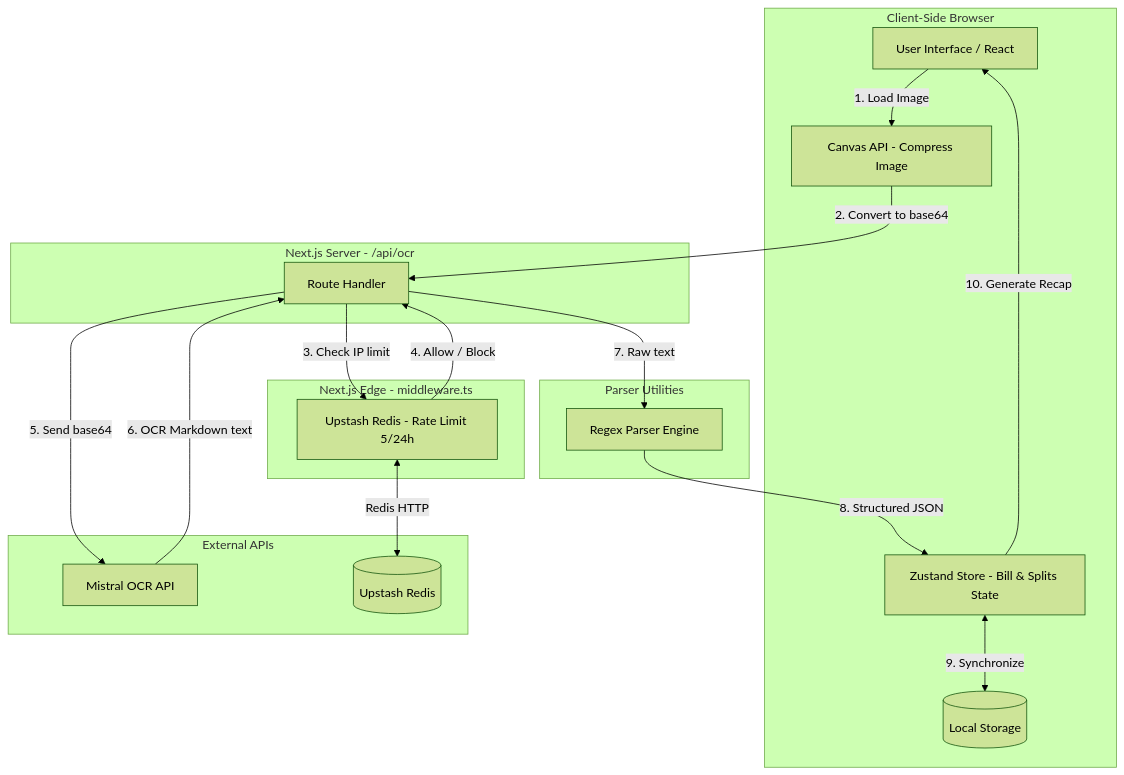
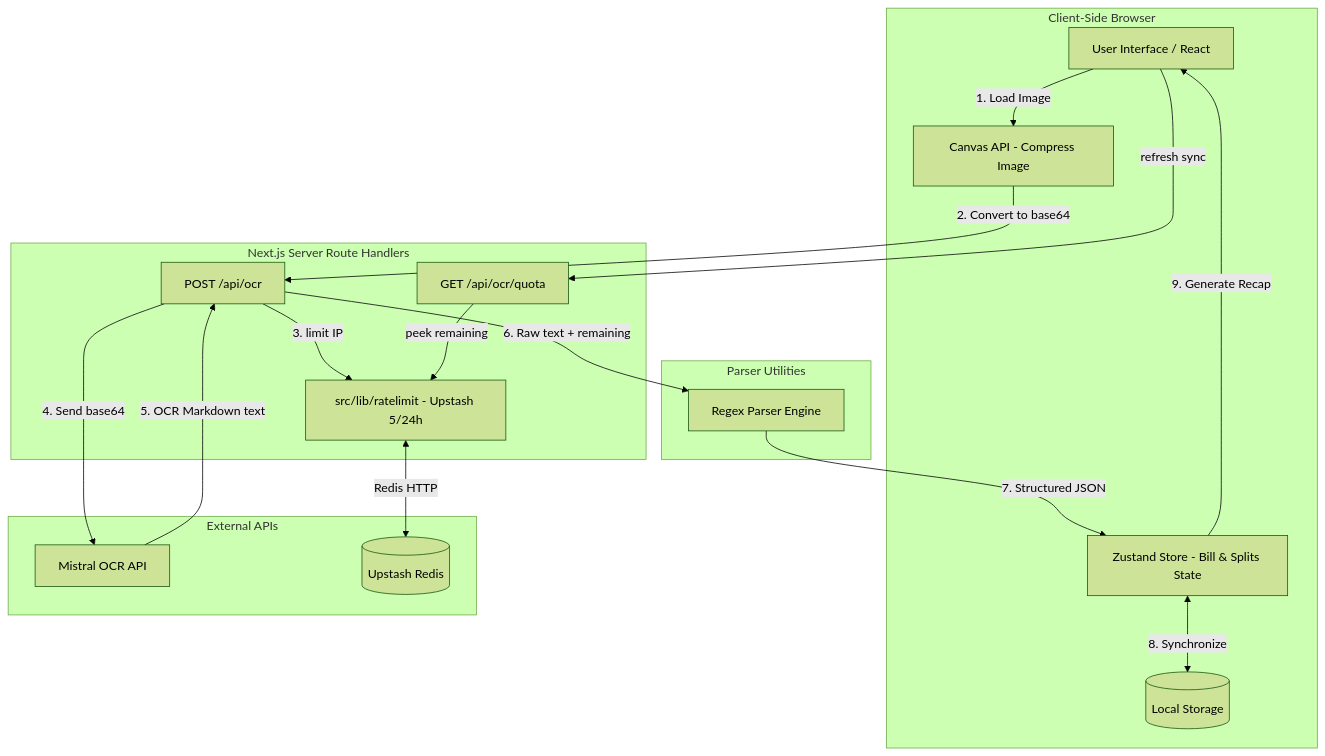
The diagram in context/architecture.md (AbdullahFathan/BILLOCR), drawn with Mermaid (forest theme) before and after one commit. The commit also changed other lines of this file and 12 other files, not shown here.

````diff
--- a/context/architecture.md
+++ b/context/architecture.md
@@ -39,38 +41,37 @@
 ```mermaid
 graph TD
     subgraph Client [Client-Side Browser]
         UI[User Interface / React]
         Canvas[Canvas API - Compress Image]
         State[Zustand Store - Bill & Splits State]
         LS[(Local Storage)]
     end
 
-    subgraph Edge [Next.js Edge - middleware.ts]
-        RL[Upstash Redis - Rate Limit 5/24h]
-    end
-
-    subgraph Server [Next.js Server - /api/ocr]
-        Route[Route Handler]
+    subgraph Server [Next.js Server Route Handlers]
+        OCR[POST /api/ocr]
+        Quota[GET /api/ocr/quota]
+        RL[src/lib/ratelimit - Upstash 5/24h]
     end
 
     subgraph External [External APIs]
         Mistral[Mistral OCR API]
         Upstash[(Upstash Redis)]
     end
 
     subgraph Parser [Parser Utilities]
         Regex[Regex Parser Engine]
     end
 
     UI -->|1. Load Image| Canvas
-    Canvas -->|2. Convert to base64| Route
-    Route -->|3. Check IP limit| RL
-    RL -->|4. Allow / Block| Route
+    Canvas -->|2. Convert to base64| OCR
+    OCR -->|3. limit IP| RL
+    Quota -->|peek remaining| RL
     RL <-->|Redis HTTP| Upstash
-    Route -->|5. Send base64| Mistral
-    Mistral -->|6. OCR Markdown text| Route
-    Route -->|7. Raw text| Regex
-    Regex -->|8. Structured JSON| State
-    State <-->|9. Synchronize| LS
-    State -->|10. Generate Recap| UI
+    OCR -->|4. Send base64| Mistral
+    Mistral -->|5. OCR Markdown text| OCR
+    OCR -->|6. Raw text + remaining| Regex
+    Regex -->|7. Structured JSON| State
+    State <-->|8. Synchronize| LS
+    State -->|9. Generate Recap| UI
+    UI -->|refresh sync| Quota
 ```
````
